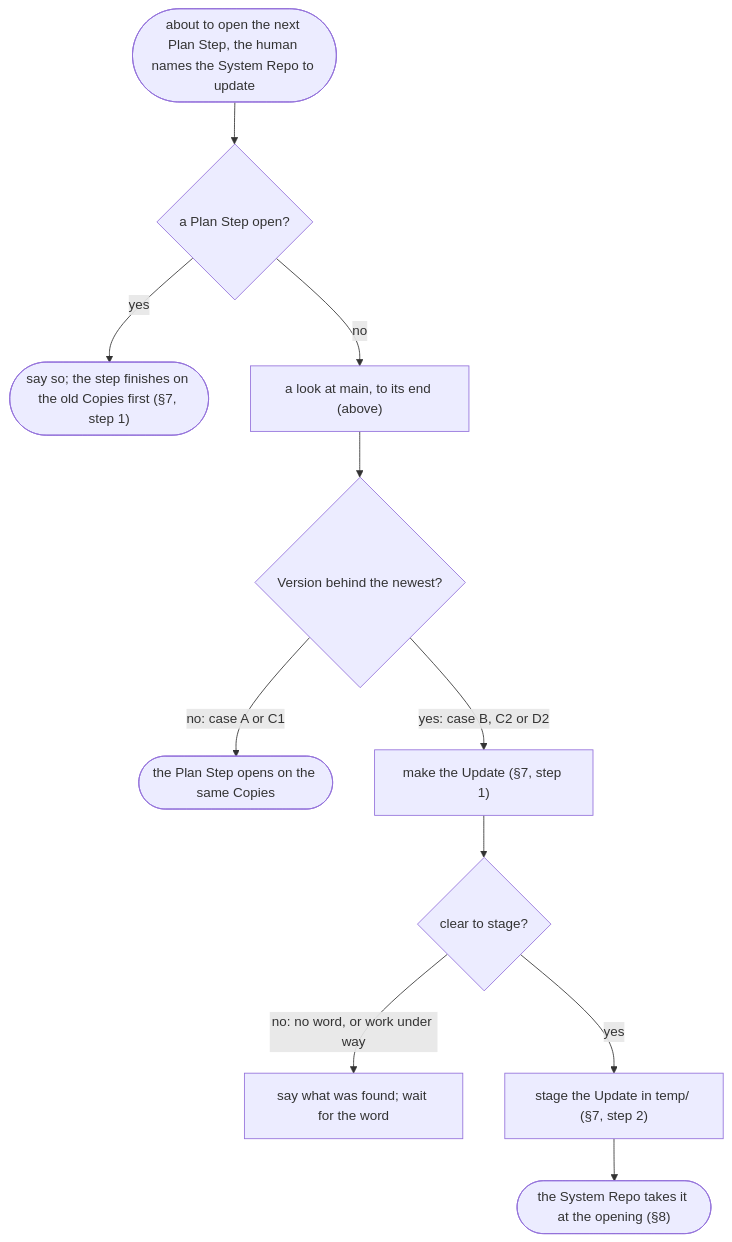
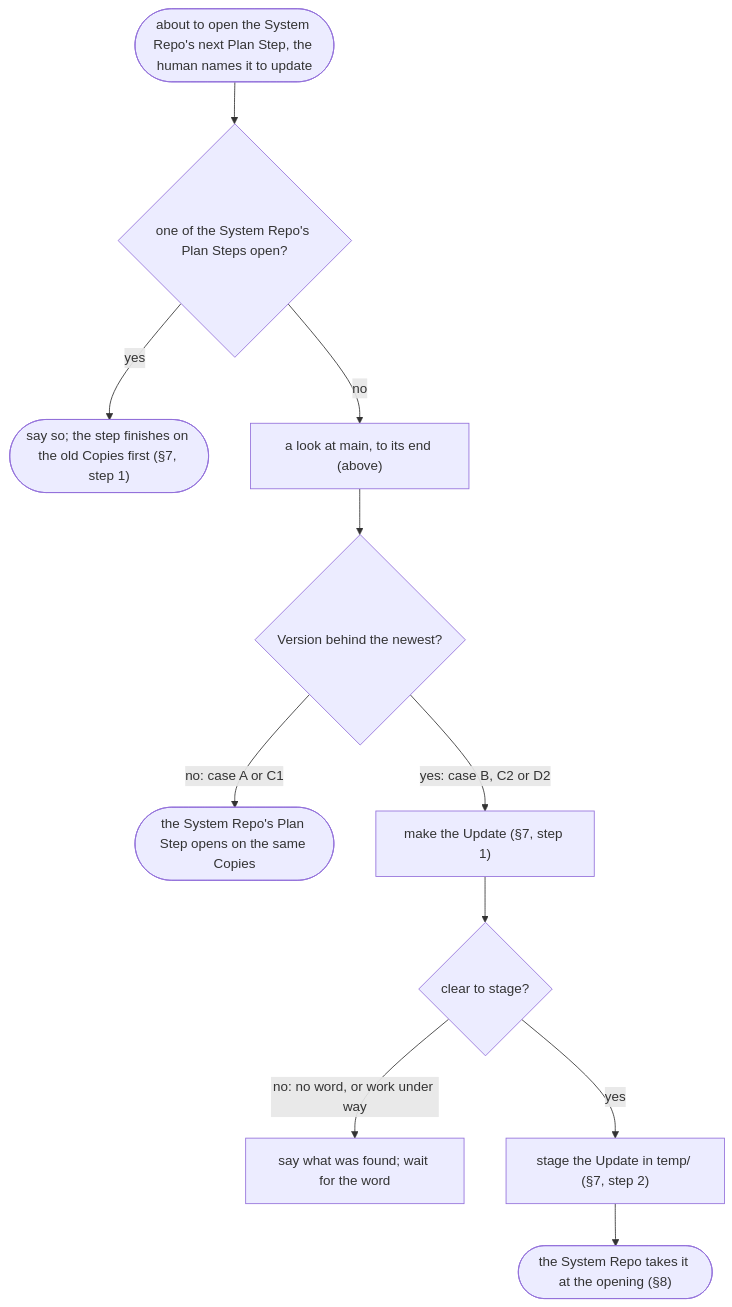
One commit to edgaras87/correctness-by-construction changed the second of 2 diagrams in temp/common-ground/system-repo-change-flow.md. Above: the diagram before and after it, drawn with Mermaid. The commit also changed other lines of this file and 1 other file, not shown here.

First line of the commit message:
docs: temp's Plan Steps name their owner

````diff
--- a/temp/common-ground/system-repo-change-flow.md
+++ b/temp/common-ground/system-repo-change-flow.md
@@ -60,13 +60,13 @@
 ```mermaid
 flowchart TD
-  start(["about to open the next Plan Step, the human names the System Repo to update"]) --> open{"a Plan Step open?"}
+  start(["about to open the System Repo's next Plan Step, the human names it to update"]) --> open{"one of the System Repo's Plan Steps open?"}
   open -- "yes" --> wait1(["say so; the step finishes on the old Copies first (§7, step 1)"])
   open -- no --> look["a look at main, to its end (above)"]
   look --> c3{"Version behind the newest?"}
-  c3 -- "no: case A or C1" --> same(["the Plan Step opens on the same Copies"])
+  c3 -- "no: case A or C1" --> same(["the System Repo's Plan Step opens on the same Copies"])
   c3 -- "yes: case B, C2 or D2" --> make["make the Update (§7, step 1)"]
   make --> ok{"clear to stage?"}
   ok -- "no: no word, or work under way" --> wait["say what was found; wait for the word"]
   ok -- yes --> stage["stage the Update in temp/ (§7, step 2)"]
   stage --> take(["the System Repo takes it at the opening (§8)"])
 ```
````
